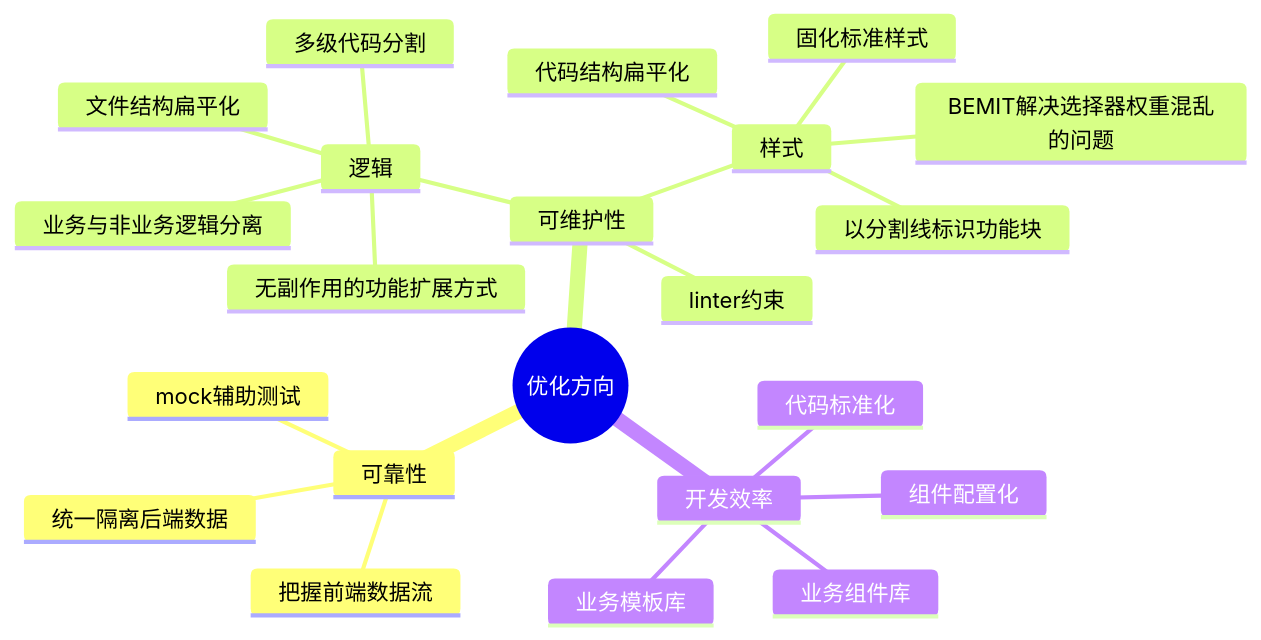
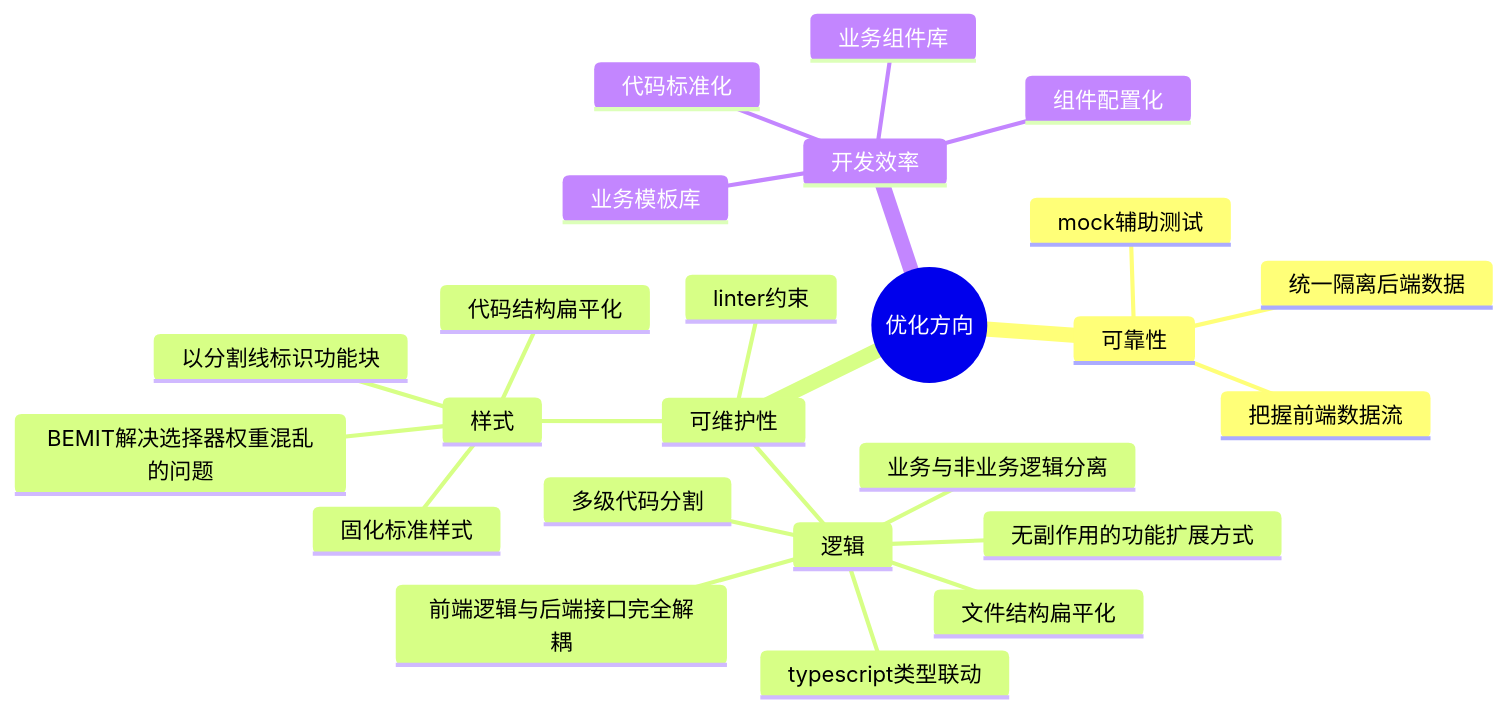
One commit to niuiic/vue-fusion changed the first of 2 diagrams in README.md. Above: the diagram before and after it, drawn with Mermaid. The commit also changed other lines of this file, not shown here.

````diff
--- a/README.md
+++ b/README.md
@@ -12,25 +12,27 @@
 ```mermaid
 mindmap
     root((优化方向))
         可靠性
             统一隔离后端数据
             把握前端数据流
             mock辅助测试
         可维护性
             逻辑
                 文件结构扁平化
                 无副作用的功能扩展方式
                 多级代码分割
                 业务与非业务逻辑分离
+                前端逻辑与后端接口完全解耦
+                typescript类型联动
             样式
                 固化标准样式
                 代码结构扁平化
                 BEMIT解决选择器权重混乱的问题
                 以分割线标识功能块
             linter约束
         开发效率
             代码标准化
             组件配置化
             业务组件库
             业务模板库
 ```
````
